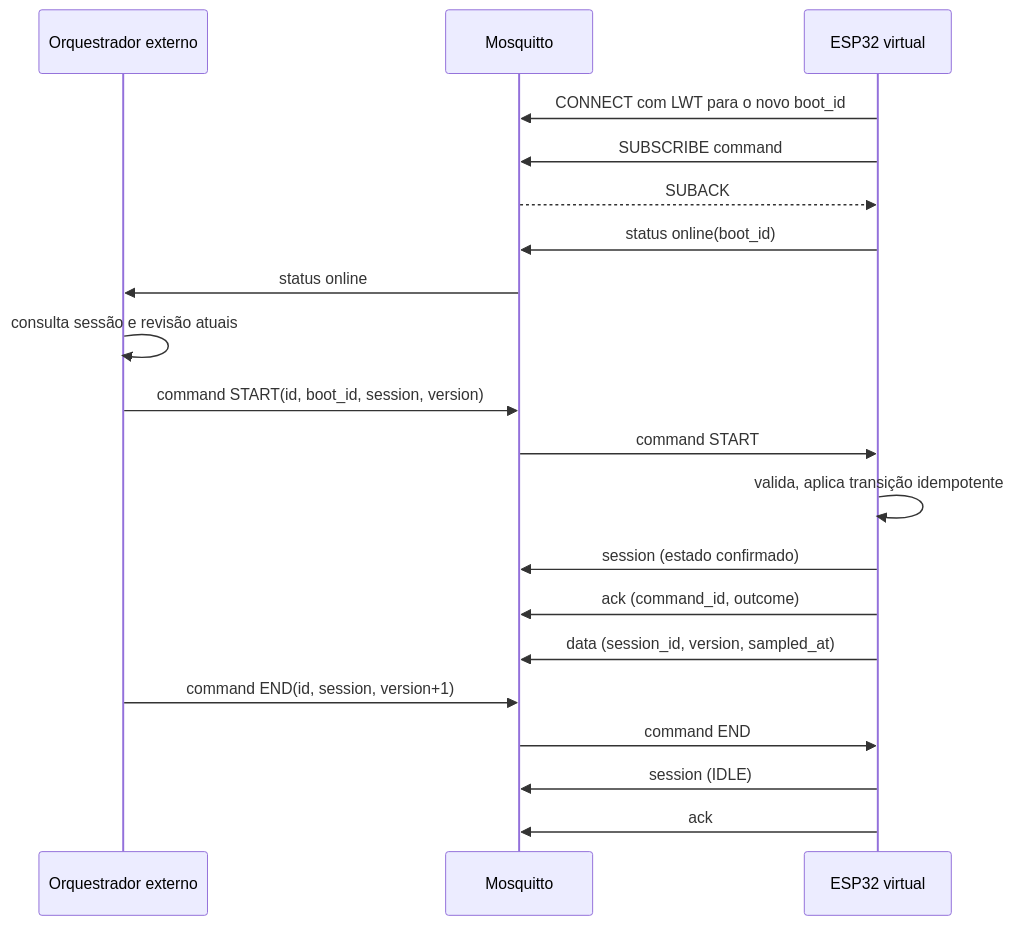
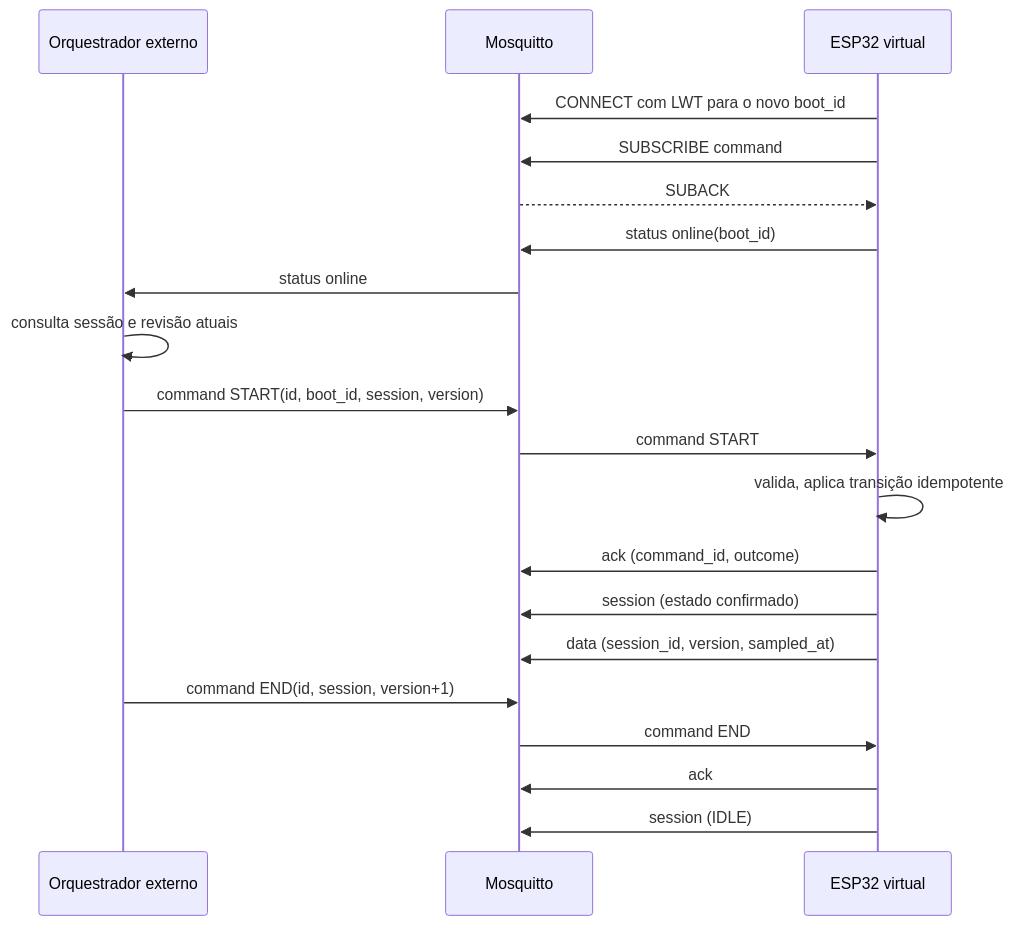
Before and after one commit to joaorodrigues12/esp32-fleet-simulator-mqtt: the second of 2 diagrams in docs/architecture.md, drawn with Mermaid. The commit also changed other lines of this file and 6 other files, not shown here.

````diff
--- a/docs/architecture.md
+++ b/docs/architecture.md
@@ -89,22 +93,22 @@
 ```mermaid
 sequenceDiagram
   participant Control as Orquestrador externo
   participant Broker as Mosquitto
   participant Device as ESP32 virtual
   Device->>Broker: CONNECT com LWT para o novo boot_id
   Device->>Broker: SUBSCRIBE command
   Broker-->>Device: SUBACK
   Device->>Broker: status online(boot_id)
   Broker->>Control: status online
   Control->>Control: consulta sessão e revisão atuais
   Control->>Broker: command START(id, boot_id, session, version)
   Broker->>Device: command START
   Device->>Device: valida, aplica transição idempotente
+  Device->>Broker: ack (command_id, outcome)
   Device->>Broker: session (estado confirmado)
-  Device->>Broker: ack (command_id, outcome)
   Device->>Broker: data (session_id, version, sampled_at)
   Control->>Broker: command END(id, session, version+1)
   Broker->>Device: command END
+  Device->>Broker: ack
   Device->>Broker: session (IDLE)
-  Device->>Broker: ack
 ```
````
